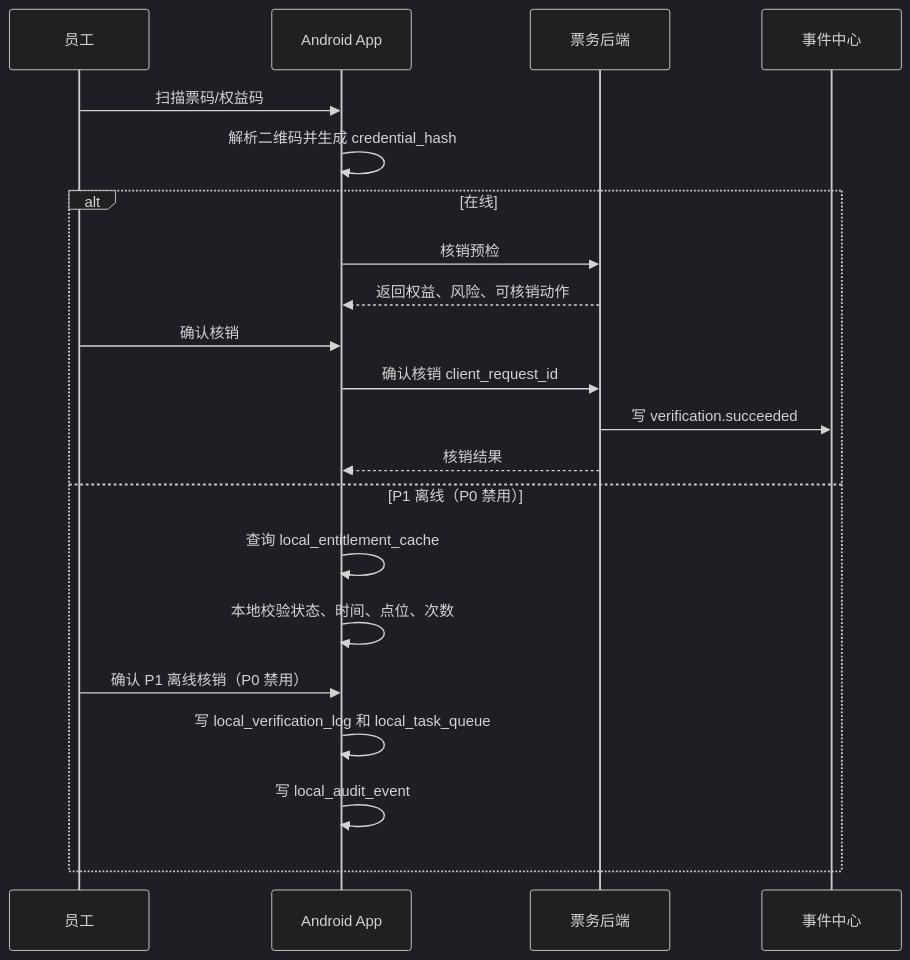
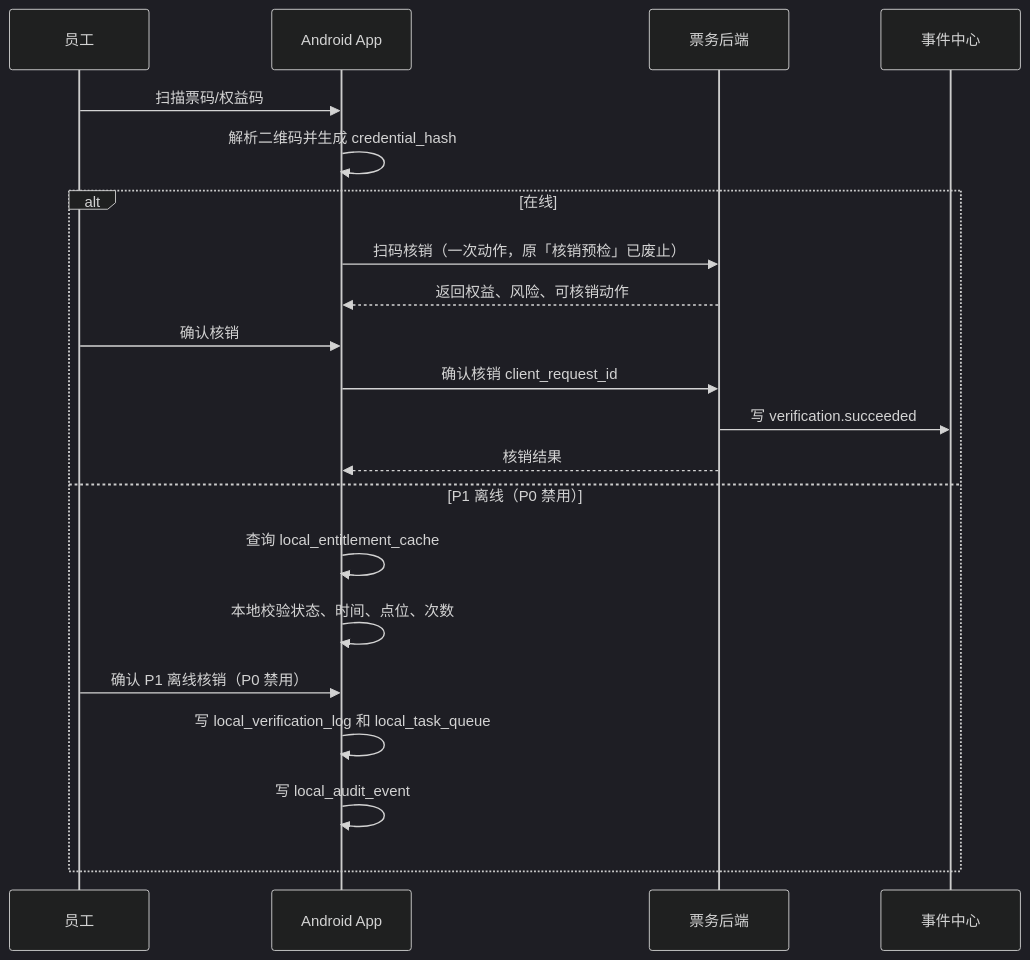
One commit to jxh1979/mall changed the first of 3 diagrams in docs/android-device-terminal-development-design.md. Above: the diagram before and after it, drawn with Mermaid (dark theme). The commit also changed other lines of this file and 88 other files, not shown here.

````diff
--- a/docs/android-device-terminal-development-design.md
+++ b/docs/android-device-terminal-development-design.md
@@ -614,23 +618,23 @@
 ```mermaid
 sequenceDiagram
     participant U as 员工
     participant A as Android App
     participant T as 票务后端
     participant E as 事件中心
     U->>A: 扫描票码/权益码
     A->>A: 解析二维码并生成 credential_hash
     alt 在线
-        A->>T: 核销预检
+        A->>T: 扫码核销（一次动作，原「核销预检」已废止）
         T-->>A: 返回权益、风险、可核销动作
         U->>A: 确认核销
         A->>T: 确认核销 client_request_id
         T->>E: 写 verification.succeeded
         T-->>A: 核销结果
     else P1 离线（P0 禁用）
         A->>A: 查询 local_entitlement_cache
         A->>A: 本地校验状态、时间、点位、次数
         U->>A: 确认 P1 离线核销（P0 禁用）
         A->>A: 写 local_verification_log 和 local_task_queue
         A->>A: 写 local_audit_event
     end
 ```
````
